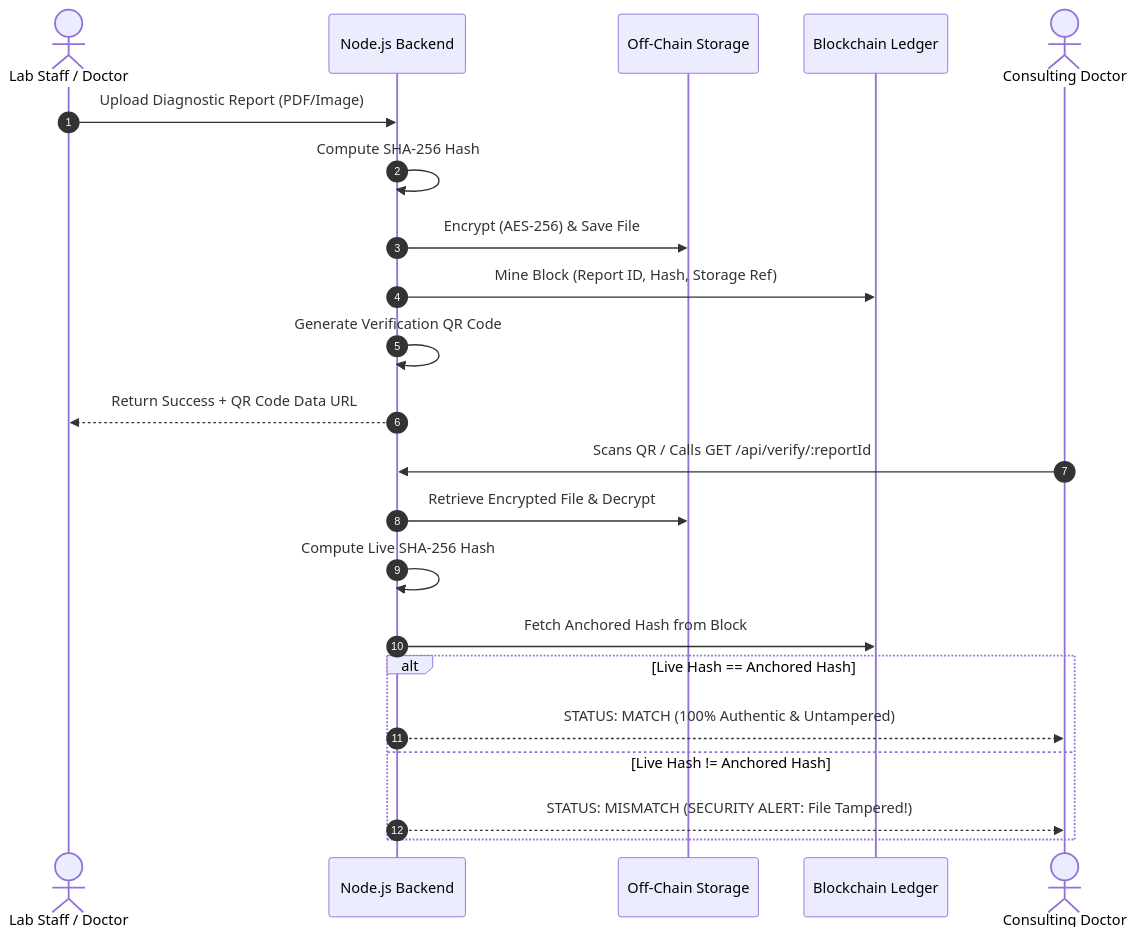
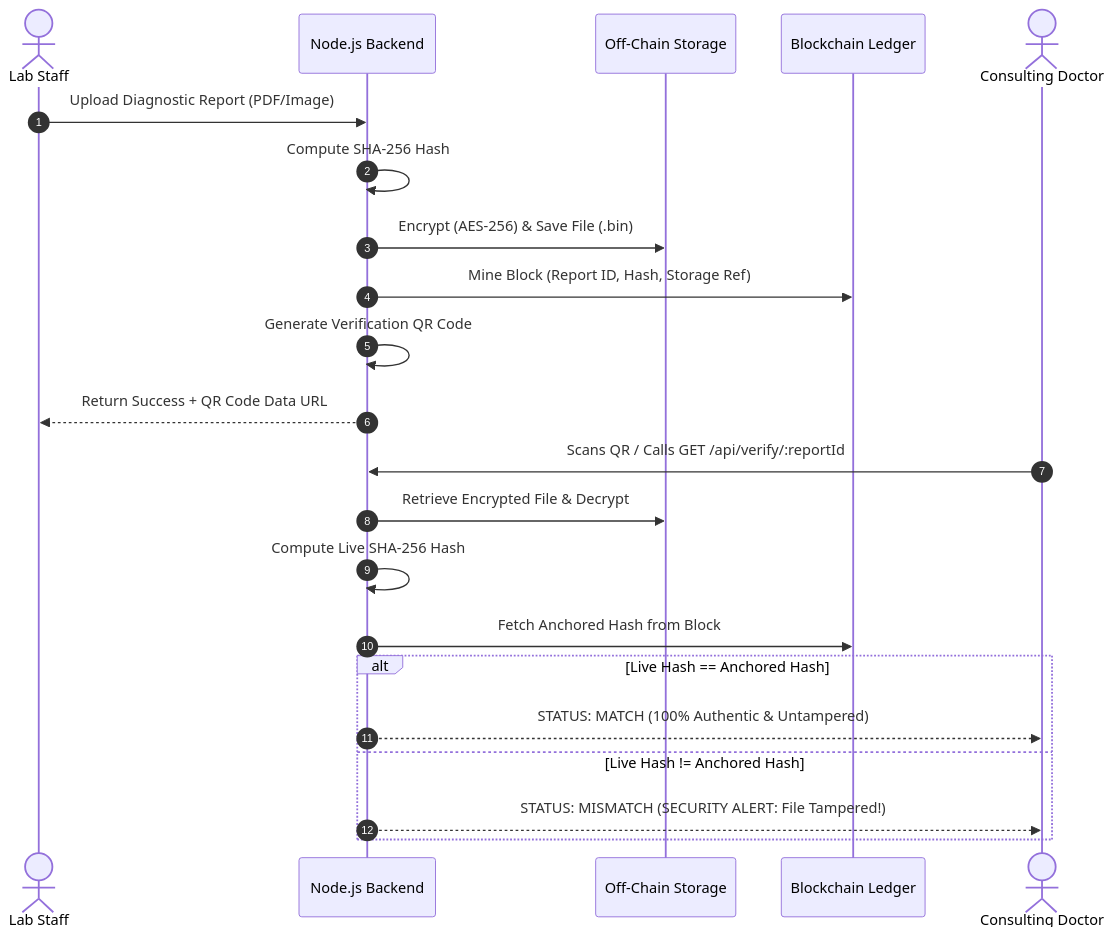
Before and after one commit to 1si24cs003/medical-report-management-blockchain: the diagram in docs/SYSTEM_DESIGN.md, drawn with Mermaid. The commit also changed other lines of this file and 19 other files, not shown here.

````diff
--- a/docs/SYSTEM_DESIGN.md
+++ b/docs/SYSTEM_DESIGN.md
@@ -108,26 +98,26 @@
 ```mermaid
 sequenceDiagram
     autonumber
-    actor Staff as Lab Staff / Doctor
+    actor Staff as Lab Staff
     participant API as Node.js Backend
     participant Store as Off-Chain Storage
     participant Chain as Blockchain Ledger
     actor Doc as Consulting Doctor
 
     Staff->>API: Upload Diagnostic Report (PDF/Image)
     API->>API: Compute SHA-256 Hash
-    API->>Store: Encrypt (AES-256) & Save File
+    API->>Store: Encrypt (AES-256) & Save File (.bin)
     API->>Chain: Mine Block (Report ID, Hash, Storage Ref)
     API->>API: Generate Verification QR Code
     API-->>Staff: Return Success + QR Code Data URL
 
     Doc->>API: Scans QR / Calls GET /api/verify/:reportId
     API->>Store: Retrieve Encrypted File & Decrypt
     API->>API: Compute Live SHA-256 Hash
     API->>Chain: Fetch Anchored Hash from Block
     alt Live Hash == Anchored Hash
         API-->>Doc: STATUS: MATCH (100% Authentic & Untampered)
     else Live Hash != Anchored Hash
         API-->>Doc: STATUS: MISMATCH (SECURITY ALERT: File Tampered!)
     end
 ```
````
